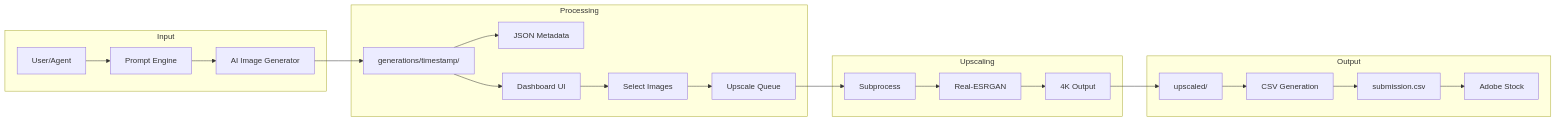
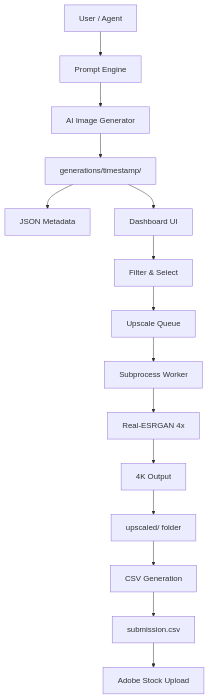
Before and after one commit to UeberUeber/adobe-stock-generator: the first of 2 diagrams in README.md, drawn with Mermaid. The commit also changed other lines of this file, not shown here.

First line of the commit message:
docs: Convert entire README to English, fix diagrams to TD layout

````diff
--- a/README.md
+++ b/README.md
@@ -111,28 +111,21 @@
 ```mermaid
-flowchart LR
-    subgraph Input
-        A[User/Agent] --> B[Prompt Engine]
-        B --> C[AI Image Generator]
-    end
-
-    subgraph Processing
-        C --> D[generations/timestamp/]
-        D --> E[JSON Metadata]
-        D --> F[Dashboard UI]
-        F --> G[Select Images]
-        G --> H[Upscale Queue]
-    end
-
-    subgraph Upscaling
-        H --> I[Subprocess]
-        I --> J[Real-ESRGAN]
-        J --> K[4K Output]
-    end
-
-    subgraph Output
-        K --> L[upscaled/]
-        L --> M[CSV Generation]
-        M --> N[submission.csv]
-        N --> O[Adobe Stock]
-    end
+flowchart TD
+    A[User / Agent] --> B[Prompt Engine]
+    B --> C[AI Image Generator]
+    C --> D[generations/timestamp/]
+    
+    D --> E[JSON Metadata]
+    D --> F[Dashboard UI]
+    
+    F --> G[Filter & Select]
+    G --> H[Upscale Queue]
+    
+    H --> I[Subprocess Worker]
+    I --> J[Real-ESRGAN 4x]
+    J --> K[4K Output]
+    
+    K --> L[upscaled/ folder]
+    L --> M[CSV Generation]
+    M --> N[submission.csv]
+    N --> O[Adobe Stock Upload]
 ```
````
